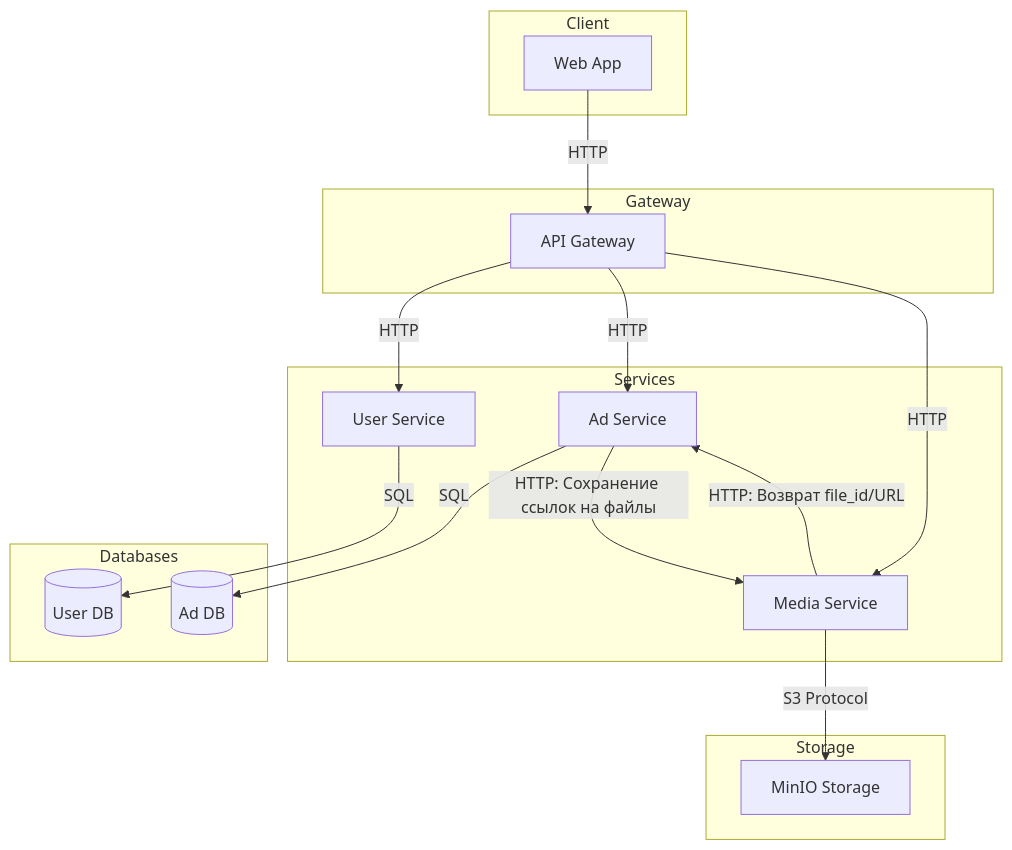
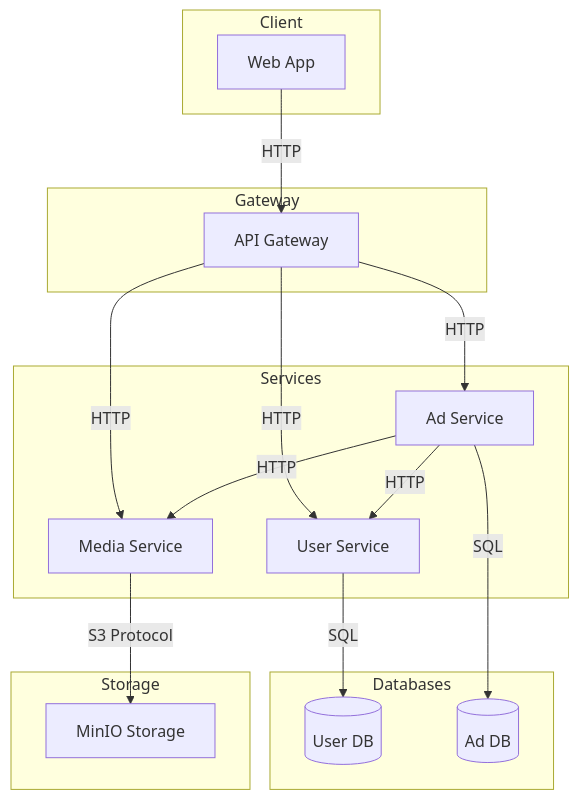
Before and after one commit to spbu-ds-practicum-2025/78-pflops: the first of 6 diagrams in docs/tr.md, drawn with Mermaid. The commit also changed other lines of this file, not shown here.

Commit message:
Update_6 docs/tr.md; fixed DoD, fix diagrams

````diff
--- a/docs/tr.md
+++ b/docs/tr.md
@@ -300,38 +121,37 @@
 ```mermaid
 graph TD
-
 subgraph Client
     WebApp[Web App]
 end
 
 subgraph Gateway
     APIGateway[API Gateway]
 end
 
 subgraph Services
     UserService[User Service]
     AdService[Ad Service]
     MediaService[Media Service]
 end
 
 subgraph Databases
     UserDB[(User DB)]
     AdDB[(Ad DB)]
 end
 
 subgraph Storage
     MinIO[MinIO Storage]
 end
 
 WebApp-->|HTTP|APIGateway
 APIGateway-->|HTTP|UserService
 APIGateway-->|HTTP|AdService
 APIGateway-->|HTTP|MediaService
 
 UserService-->|SQL|UserDB
 AdService-->|SQL|AdDB
 MediaService-->|S3 Protocol|MinIO
+AdService-->|HTTP| UserService
 
-AdService-->|HTTP: Сохранение ссылок на файлы|MediaService
-MediaService-->|HTTP: Возврат file_id/URL|AdService
+AdService-->|HTTP|MediaService
 ```
````
